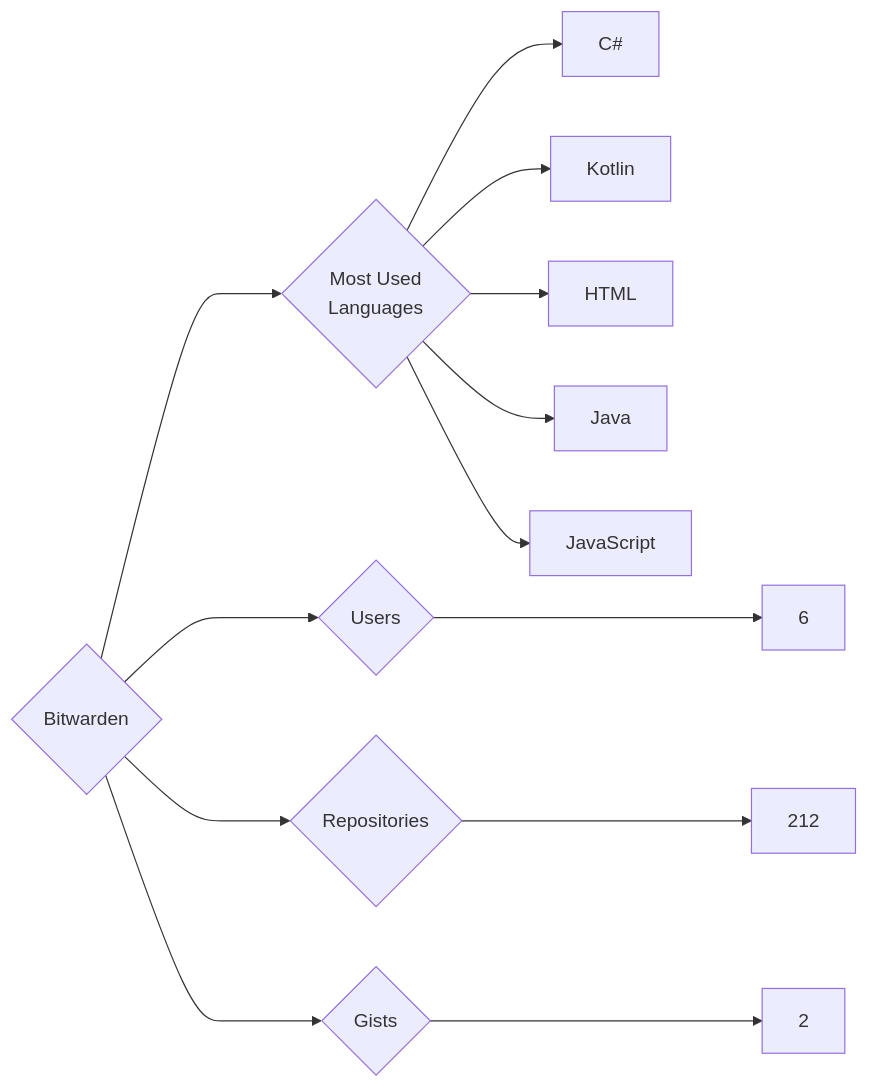
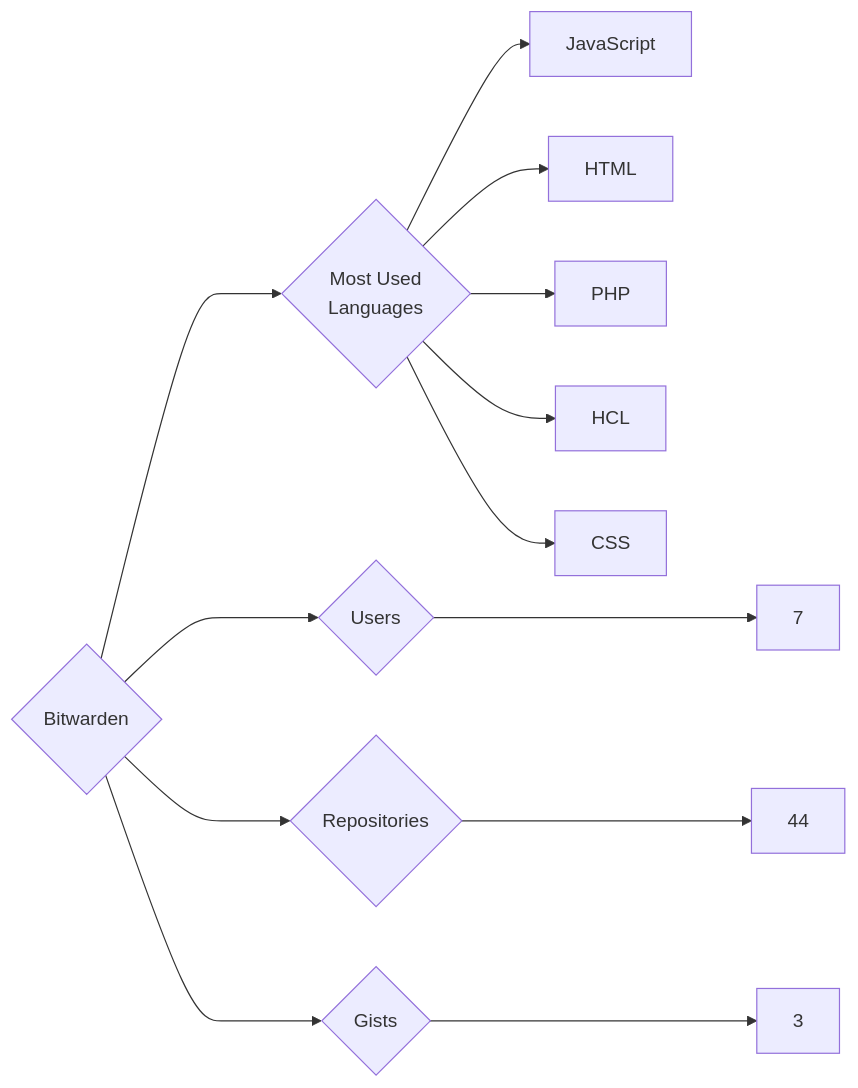
The diagram in targets/Bitwarden/README.md (trickest/insiders), drawn with Mermaid before and after one commit. The commit also changed 1170 other files, not shown here.

````diff
--- a/targets/Bitwarden/README.md
+++ b/targets/Bitwarden/README.md
@@ -3,13 +3,13 @@
 ```mermaid
 graph LR
 COMPANY_NAME{Bitwarden}
-COMPANY_NAME ---> U{Users} ---> UN[6]
-COMPANY_NAME ---> R{Repositories} ---> RN[212]
-COMPANY_NAME ---> G{Gists} ---> GN[2]
+COMPANY_NAME ---> U{Users} ---> UN[7]
+COMPANY_NAME ---> R{Repositories} ---> RN[44]
+COMPANY_NAME ---> G{Gists} ---> GN[3]
 COMPANY_NAME ---> ML{Most Used<br>Languages}
-ML --> C#[C#]
-ML --> Kotlin[Kotlin]
+ML --> JavaScript[JavaScript]
 ML --> HTML[HTML]
-ML --> Java[Java]
-ML --> JavaScript[JavaScript]
+ML --> PHP[PHP]
+ML --> HCL[HCL]
+ML --> CSS[CSS]
 ```
````
